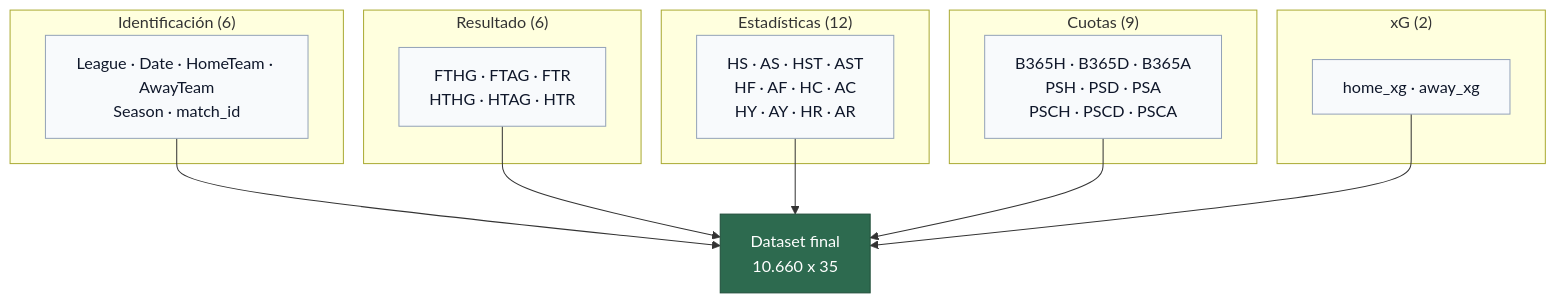
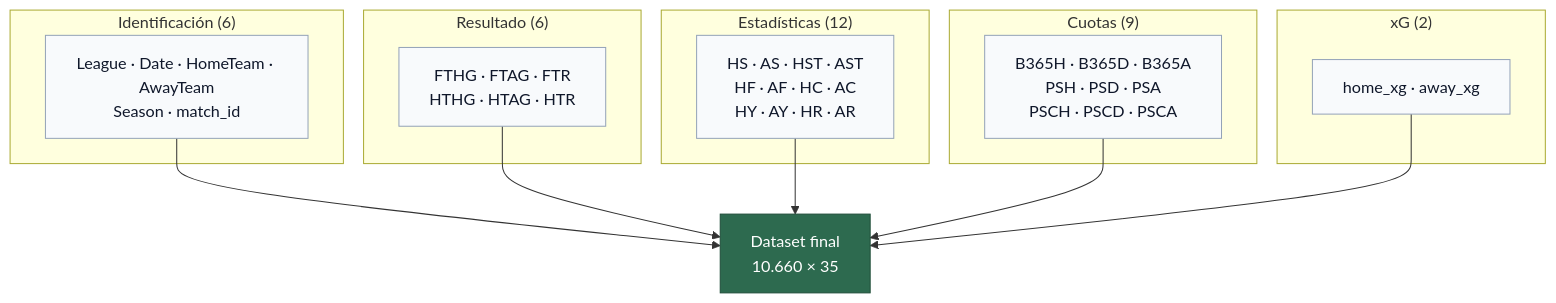
The second of 2 diagrams in docs/05_merge_xg.md (jorgepais02/PitchLens), drawn with Mermaid before and after one commit. The commit also changed other lines of this file and 18 other files, not shown here.

````diff
--- a/docs/05_merge_xg.md
+++ b/docs/05_merge_xg.md
@@ -87,32 +87,32 @@
 ```mermaid
 graph TD
     classDef grp fill:#f8fafc,stroke:#94a3b8,color:#0f172a
     classDef final fill:#2d6a4f,stroke:#1f4d39,color:#ffffff
 
     subgraph sg_id ["Identificación (6)"]
         A[League · Date · HomeTeam · AwayTeam<br/>Season · match_id]
     end
     subgraph sg_res ["Resultado (6)"]
         B[FTHG · FTAG · FTR<br/>HTHG · HTAG · HTR]
     end
     subgraph sg_stats ["Estadísticas (12)"]
         C[HS · AS · HST · AST<br/>HF · AF · HC · AC<br/>HY · AY · HR · AR]
     end
     subgraph sg_odds ["Cuotas (9)"]
         D[B365H · B365D · B365A<br/>PSH · PSD · PSA<br/>PSCH · PSCD · PSCA]
     end
     subgraph sg_xg ["xG (2)"]
         E[home_xg · away_xg]
     end
 
-    F[Dataset final<br/>10.660 x 35]
+    F[Dataset final<br/>10.660 × 35]
 
     A --> F
     B --> F
     C --> F
     D --> F
     E --> F
 
     class A,B,C,D,E grp
     class F final
 ```
````
